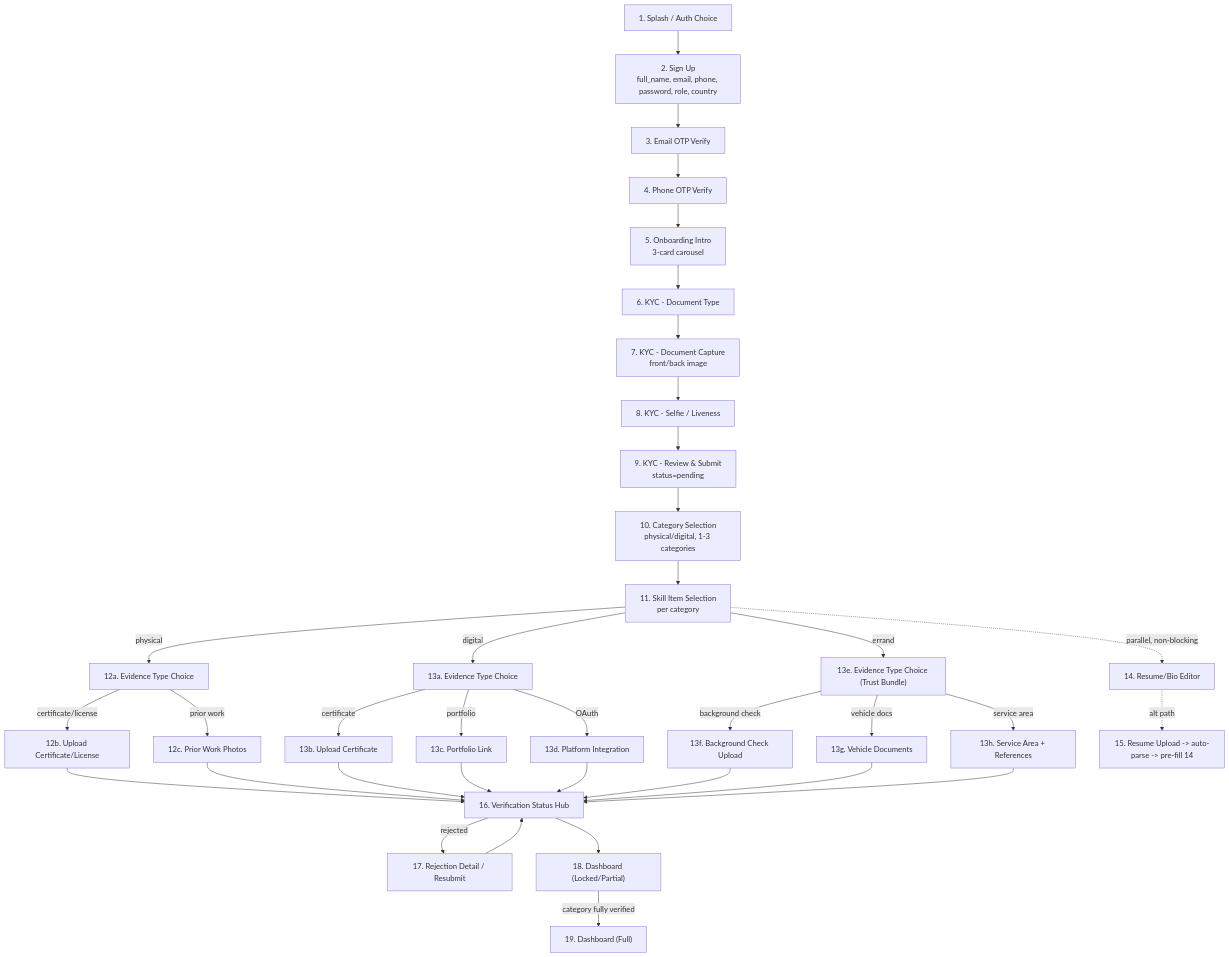
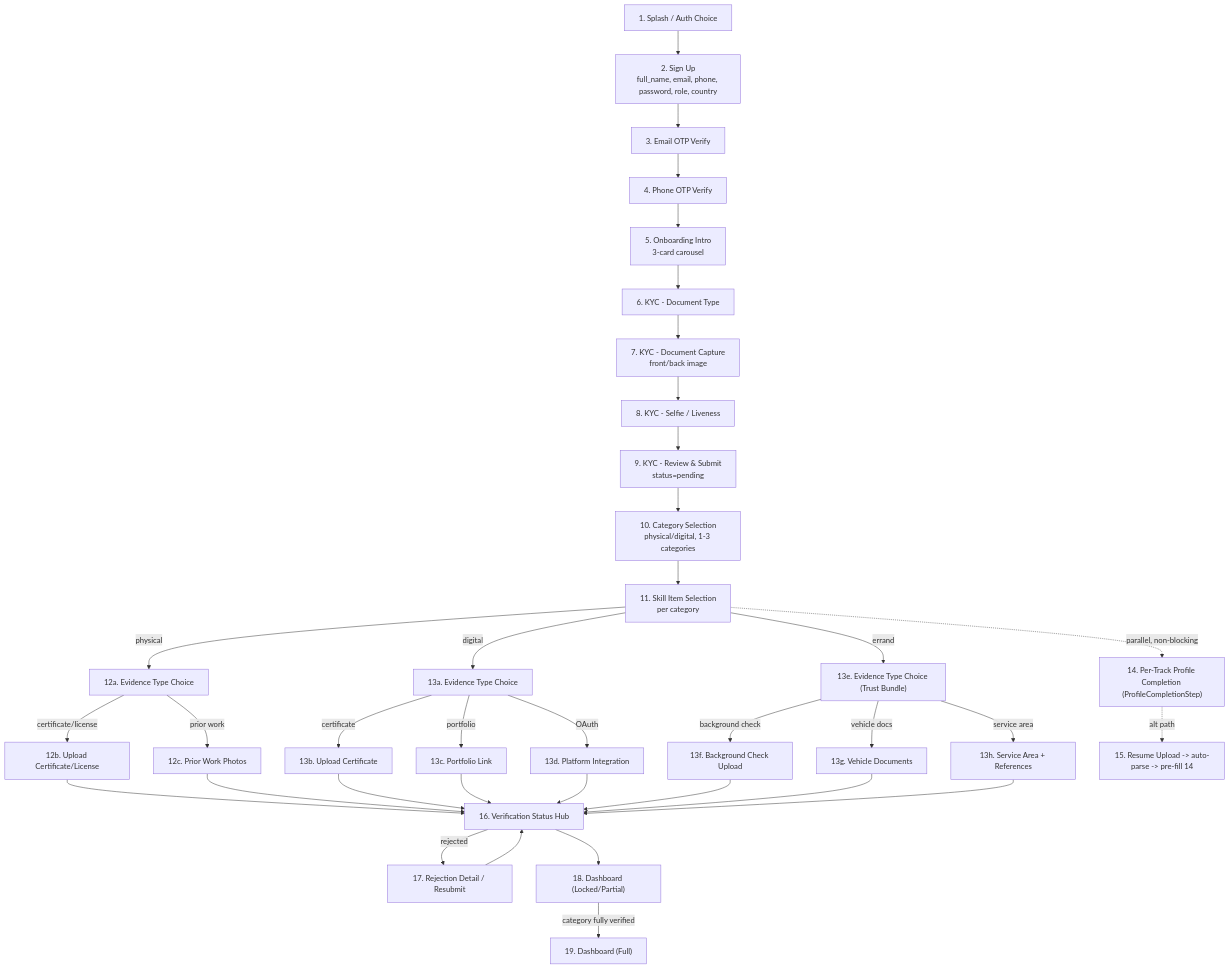
The second of 11 diagrams in docs/DO_IT_PROVIDER_ONBOARDING_skill_VERIFICATION_MERMAID.md (Ubaid123678/DO_IT_Platfom), drawn with Mermaid before and after one commit. The commit also changed other lines of this file and 14 other files, not shown here.

Commit message:
feat: add ProfileCompletionStep component for user profile completion and verification

````diff
--- a/docs/DO_IT_PROVIDER_ONBOARDING_skill_VERIFICATION_MERMAID.md
+++ b/docs/DO_IT_PROVIDER_ONBOARDING_skill_VERIFICATION_MERMAID.md
@@ -40,37 +40,37 @@
 ```mermaid
 flowchart TD
     S1["1. Splash / Auth Choice"] --> S2["2. Sign Up\nfull_name, email, phone, password, role, country"]
     S2 --> S3["3. Email OTP Verify"]
     S3 --> S4["4. Phone OTP Verify"]
     S4 --> S5["5. Onboarding Intro\n3-card carousel"]
     S5 --> S6["6. KYC - Document Type"]
     S6 --> S7["7. KYC - Document Capture\nfront/back image"]
     S7 --> S8["8. KYC - Selfie / Liveness"]
     S8 --> S9["9. KYC - Review & Submit\nstatus=pending"]
     S9 --> S10["10. Category Selection\nphysical/digital, 1-3 categories"]
     S10 --> S11["11. Skill Item Selection\nper category"]
 
     S11 -->|physical| P1["12a. Evidence Type Choice"]
     S11 -->|digital| D1["13a. Evidence Type Choice"]
     S11 -->|errand| E1["13e. Evidence Type Choice (Trust Bundle)"]
 
     P1 -->|certificate/license| P2["12b. Upload Certificate/License"]
     P1 -->|prior work| P3["12c. Prior Work Photos"]
 
     D1 -->|certificate| D2["13b. Upload Certificate"]
     D1 -->|portfolio| D3["13c. Portfolio Link"]
     D1 -->|OAuth| D4["13d. Platform Integration"]
 
     E1 -->|background check| E2["13f. Background Check Upload"]
     E1 -->|vehicle docs| E3["13g. Vehicle Documents"]
     E1 -->|service area| E4["13h. Service Area + References"]
 
-    S11 -.parallel, non-blocking.-> R1["14. Resume/Bio Editor"]
+    S11 -.parallel, non-blocking.-> R1["14. Per-Track Profile Completion (ProfileCompletionStep)"]
     R1 -.alt path.-> R2["15. Resume Upload -> auto-parse -> pre-fill 14"]
 
     P2 & P3 & D2 & D3 & D4 & E2 & E3 & E4 --> V1["16. Verification Status Hub"]
     V1 -->|rejected| V2["17. Rejection Detail / Resubmit"]
     V2 --> V1
     V1 --> DB1["18. Dashboard (Locked/Partial)"]
     DB1 -->|category fully verified| DB2["19. Dashboard (Full)"]
 ```
````
